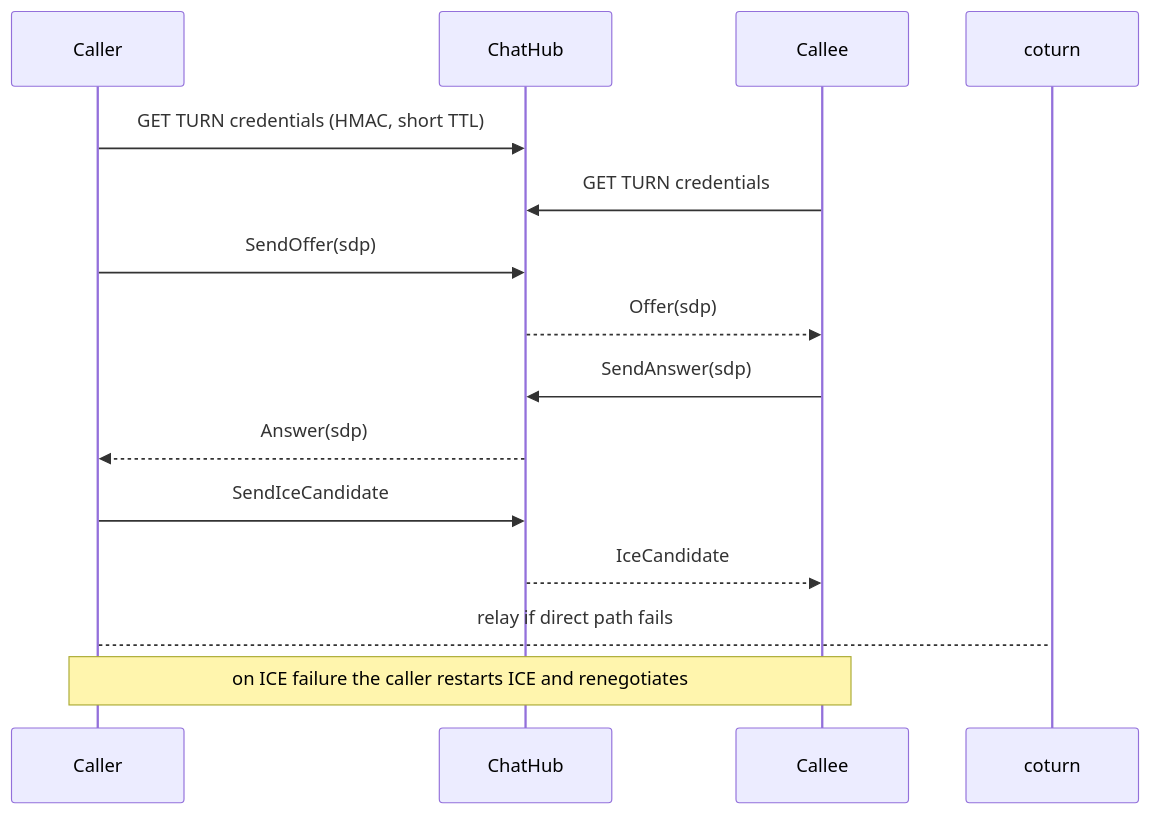
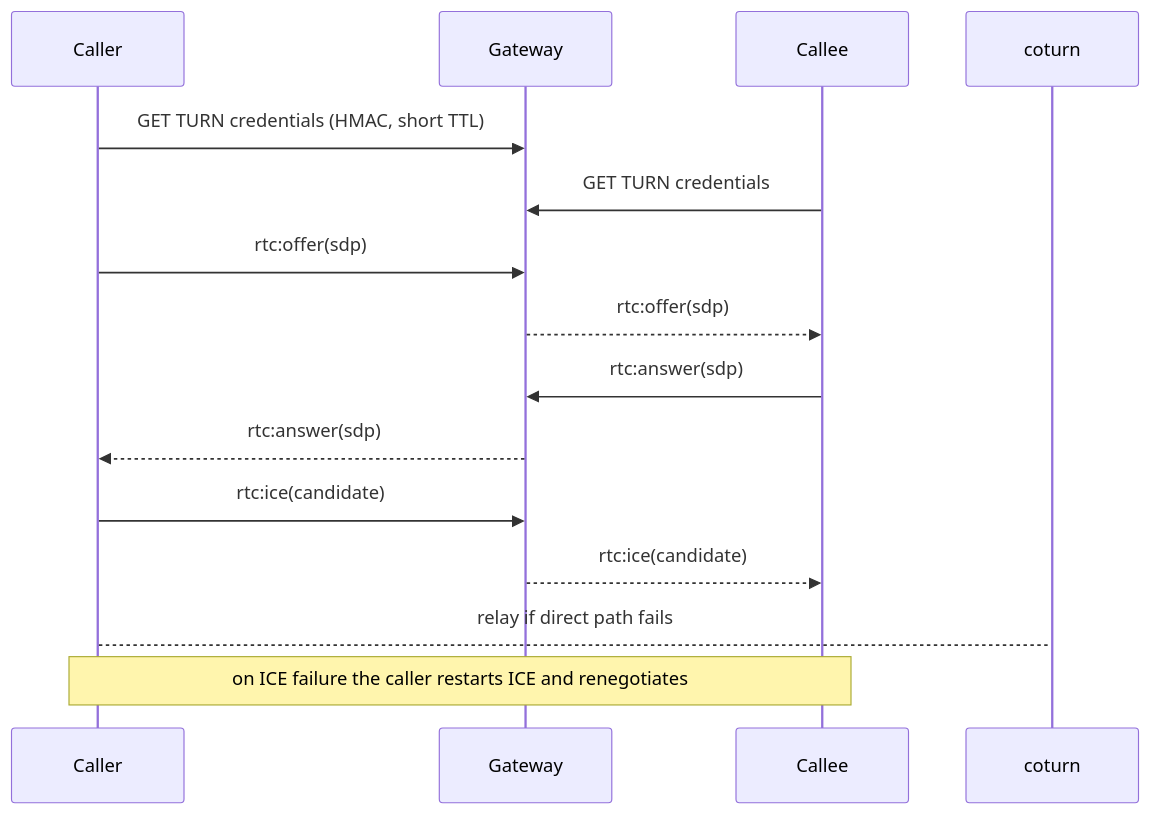
The fifth of 6 diagrams in docs/architecture.md (shahabwork001/parlay), drawn with Mermaid before and after one commit. The commit also changed other lines of this file and 185 other files, not shown here.

````diff
--- a/docs/architecture.md
+++ b/docs/architecture.md
@@ -82,17 +93,17 @@
 ```mermaid
 sequenceDiagram
   participant A as Caller
-  participant H as ChatHub
+  participant G as Gateway
   participant B as Callee
   participant T as coturn
-  A->>H: GET TURN credentials (HMAC, short TTL)
-  B->>H: GET TURN credentials
-  A->>H: SendOffer(sdp)
-  H-->>B: Offer(sdp)
-  B->>H: SendAnswer(sdp)
-  H-->>A: Answer(sdp)
-  A->>H: SendIceCandidate
-  H-->>B: IceCandidate
+  A->>G: GET TURN credentials (HMAC, short TTL)
+  B->>G: GET TURN credentials
+  A->>G: rtc:offer(sdp)
+  G-->>B: rtc:offer(sdp)
+  B->>G: rtc:answer(sdp)
+  G-->>A: rtc:answer(sdp)
+  A->>G: rtc:ice(candidate)
+  G-->>B: rtc:ice(candidate)
   A-->T: relay if direct path fails
   Note over A,B: on ICE failure the caller restarts ICE and renegotiates
 ```
````
